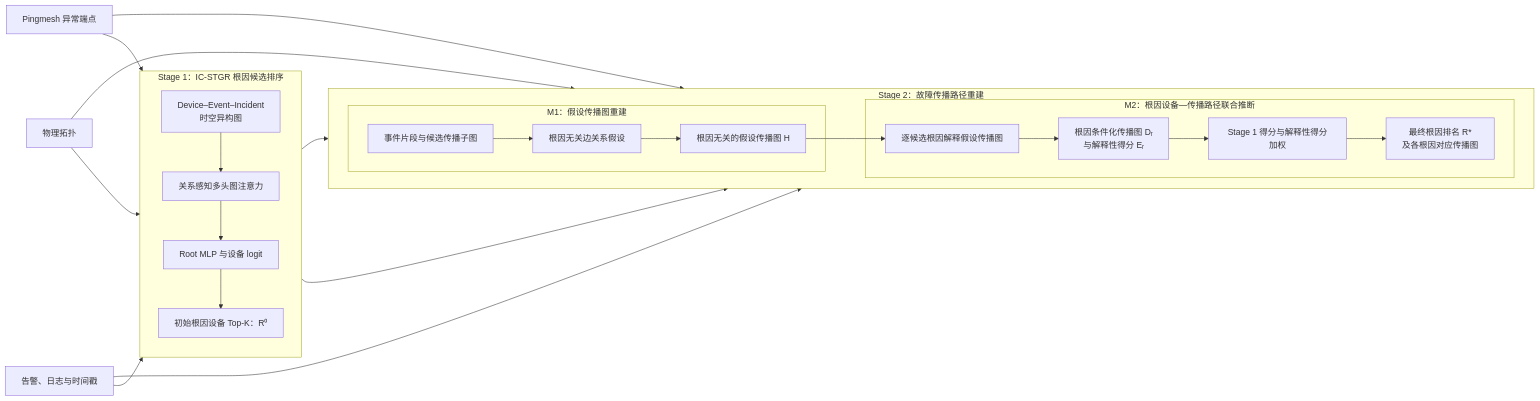
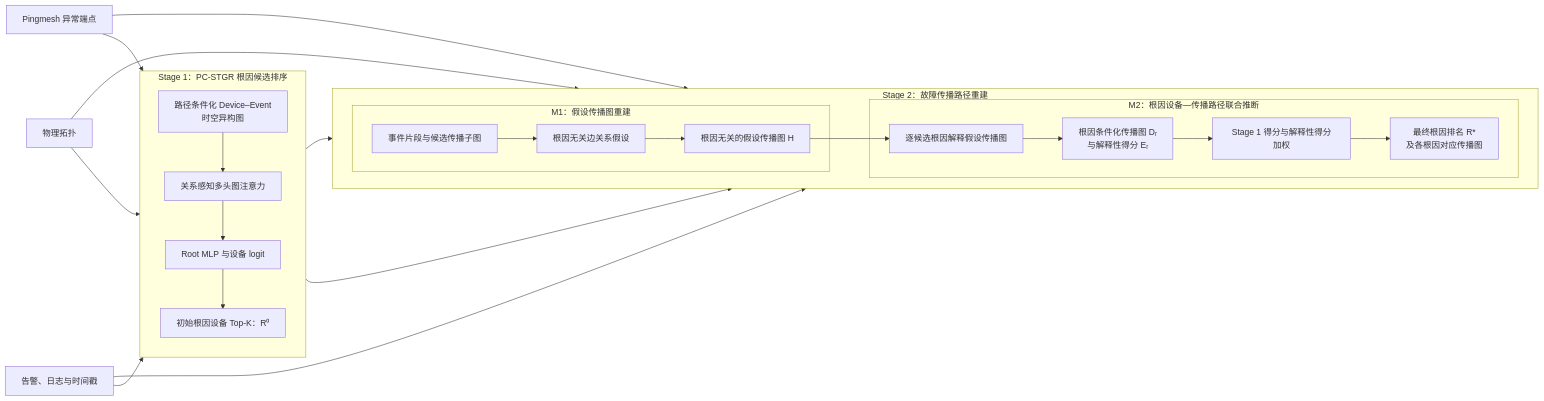
One commit to juranyouren/pingmesh-rca changed the diagram in docs/论文方案.md. Above: the diagram before and after it, drawn with Mermaid. The commit also changed other lines of this file and 79 other files, not shown here.

````diff
--- a/docs/论文方案.md
+++ b/docs/论文方案.md
@@ -37,45 +37,45 @@
 ```mermaid
 flowchart LR
     I1["Pingmesh 异常端点"]
     I2["物理拓扑"]
     I3["告警、日志与时间戳"]
 
-    subgraph S1["Stage 1：IC-STGR 根因候选排序"]
+    subgraph S1["Stage 1：PC-STGR 根因候选排序"]
         direction TB
-        G["Device–Event–Incident<br/>时空异构图"]
+        G["路径条件化 Device–Event<br/>时空异构图"]
         E["关系感知多头图注意力"]
         F["Root MLP 与设备 logit"]
         R0["初始根因设备 Top-K：R⁰"]
         G --> E --> F
         F --> R0
     end
 
     subgraph S2["Stage 2：故障传播路径重建"]
         direction LR
         subgraph M1["M1：假设传播图重建"]
             EP["事件片段与候选传播子图"]
             RG["根因无关边关系假设"]
             H["根因无关的假设传播图 H"]
             EP --> RG --> H
         end
 
         subgraph M2["M2：根因设备—传播路径联合推断"]
             X["逐候选根因解释假设传播图"]
             DR["根因条件化传播图 Dᵣ<br/>与解释性得分 Eᵣ"]
             J["Stage 1 得分与解释性得分加权"]
             O["最终根因排名 R*<br/>及各根因对应传播图"]
             X --> DR --> J --> O
         end
 
         H --> X
     end
 
     I1 --> G
     I2 --> G
     I3 --> G
     I1 --> EP
     I2 --> EP
     I3 --> EP
     R0 --> X
     R0 --> J
 ```
````
